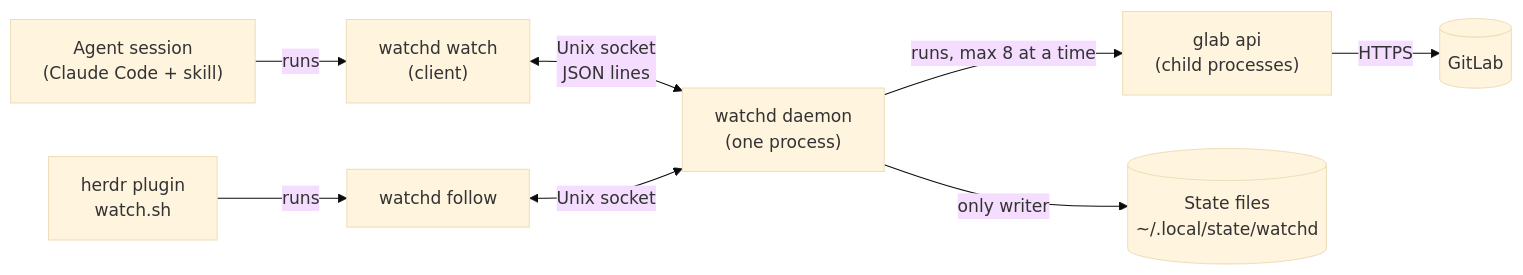
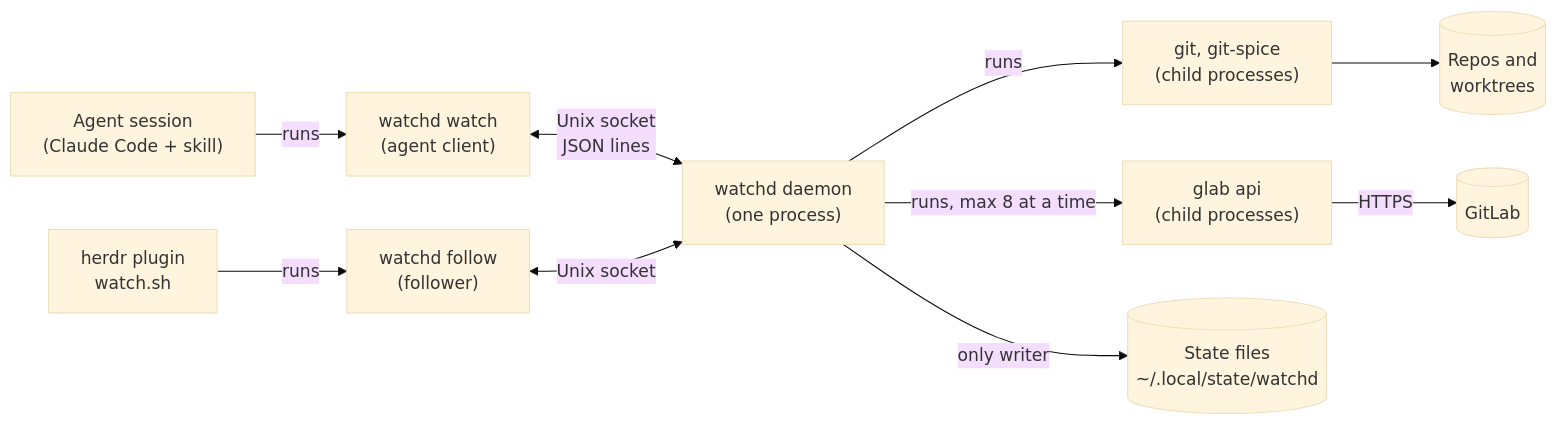
One commit to AlexKrupa/.dotfiles changed the first of 3 diagrams in dot_config/agents/daemon/README.md. Above: the diagram before and after it, drawn with Mermaid (base theme). The commit also changed other lines of this file and 23 other files, not shown here.

````diff
--- a/dot_config/agents/daemon/README.md
+++ b/dot_config/agents/daemon/README.md
@@ -9,10 +10,12 @@
 ```mermaid
 flowchart LR
-  agent["Agent session<br/>(Claude Code + skill)"] -->|"runs"| client["watchd watch<br/>(client)"]
+  agent["Agent session<br/>(Claude Code + skill)"] -->|"runs"| client["watchd watch<br/>(agent client)"]
   client <-->|"Unix socket<br/>JSON lines"| daemon["watchd daemon<br/>(one process)"]
+  daemon -->|"runs"| git["git, git-spice<br/>(child processes)"]
+  git --> repos[("Repos and<br/>worktrees")]
   daemon -->|"runs, max 8 at a time"| glab["glab api<br/>(child processes)"]
   glab -->|"HTTPS"| gitlab[("GitLab")]
   daemon -->|"only writer"| files[("State files<br/>~/.local/state/watchd")]
-  herdr["herdr plugin<br/>watch.sh"] -->|"runs"| follow["watchd follow"]
+  herdr["herdr plugin<br/>watch.sh"] -->|"runs"| follow["watchd follow<br/>(follower)"]
   follow <-->|"Unix socket"| daemon
 ```
````
